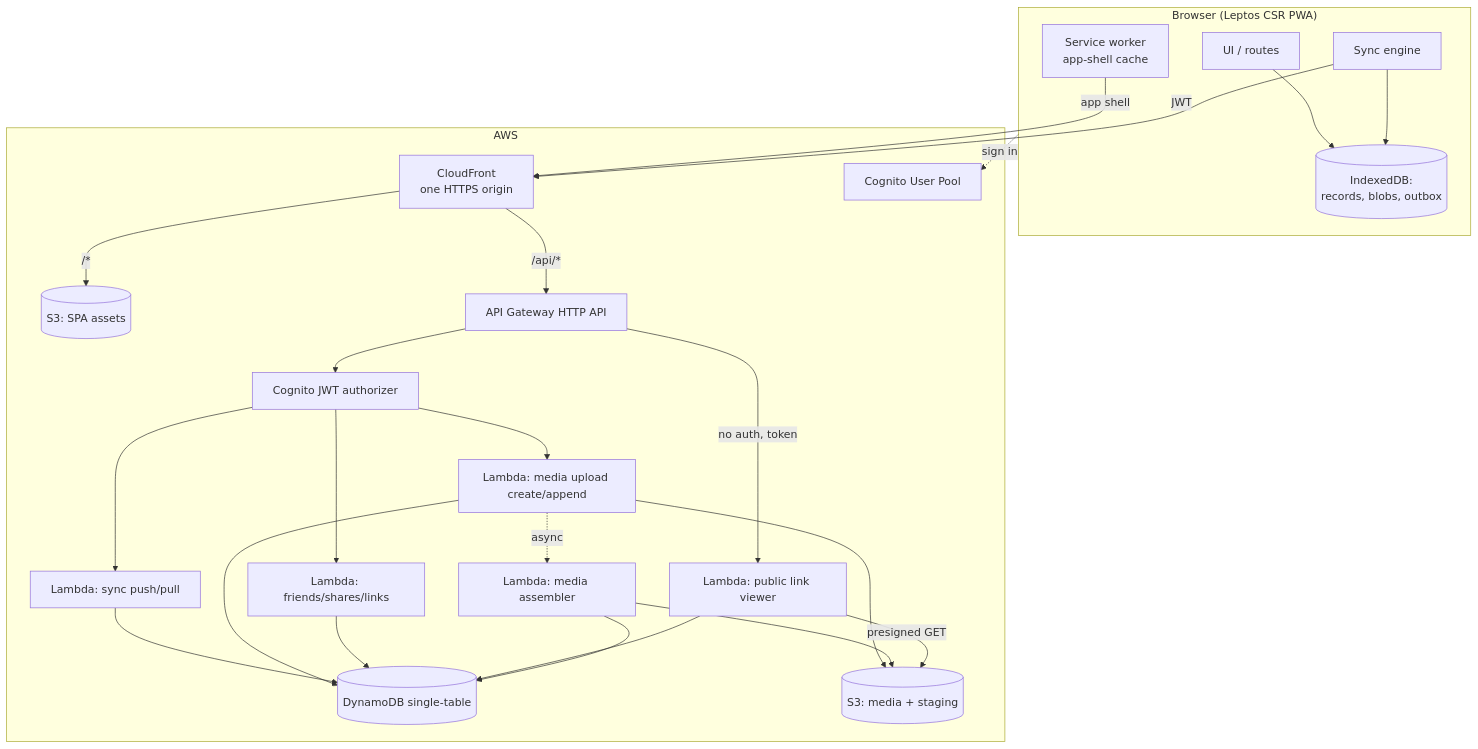
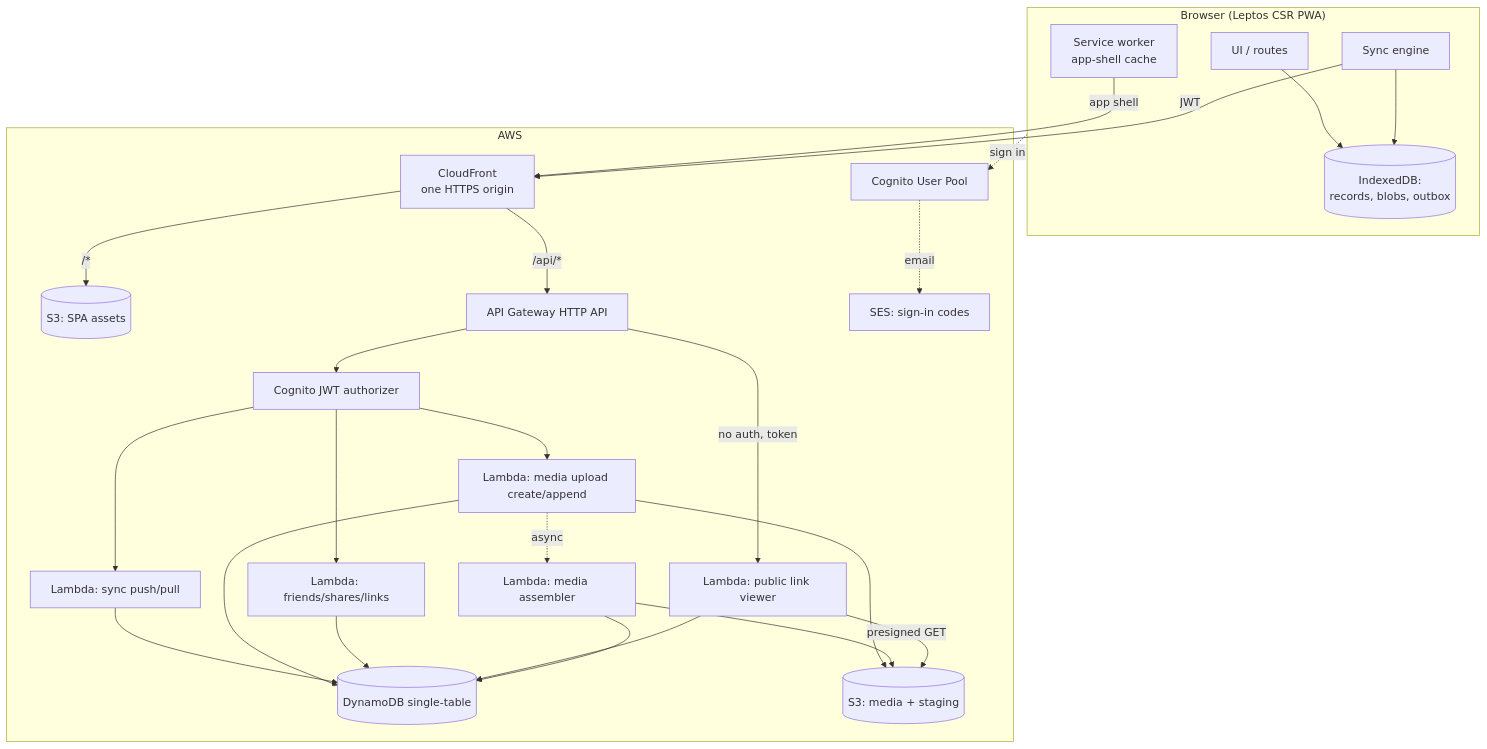
Before and after one commit to mvamgc/travel-records: the first of 3 diagrams in docs/hld.md, drawn with Mermaid. The commit also changed other lines of this file and 6 other files, not shown here.

````diff
--- a/docs/hld.md
+++ b/docs/hld.md
@@ -11,40 +11,42 @@
 ```mermaid
 graph TD
   subgraph Client["Browser (Leptos CSR PWA)"]
     UI[UI / routes]
     Store[(IndexedDB:<br/>records, blobs, outbox)]
     Sync[Sync engine]
     SW[Service worker<br/>app-shell cache]
     UI --> Store
     Sync --> Store
   end
 
   subgraph AWS
     CF[CloudFront<br/>one HTTPS origin]
     Site[(S3: SPA assets)]
     APIGW[API Gateway HTTP API]
     Authz[Cognito JWT authorizer]
     LSync[Lambda: sync push/pull]
     LMedia[Lambda: media upload create/append]
     LAssemble[Lambda: media assembler]
     LShare[Lambda: friends/shares/links]
     LPublic[Lambda: public link viewer]
     DDB[(DynamoDB single-table)]
     S3[(S3: media + staging)]
     Cognito[Cognito User Pool]
+    SES[SES: sign-in codes]
   end
 
   SW -->|app shell| CF
   Sync -->|JWT| CF
   CF -->|"/*"| Site
   CF -->|"/api/*"| APIGW
   APIGW --> Authz
   Authz --> LSync & LMedia & LShare
   APIGW -->|no auth, token| LPublic
   LSync & LMedia & LShare & LPublic --> DDB
   LMedia --> S3
   LMedia -. async .-> LAssemble
   LAssemble --> S3 & DDB
   LPublic -->|presigned GET| S3
   Client -. sign in .-> Cognito
+  Cognito -. email .-> SES
 ```
````
